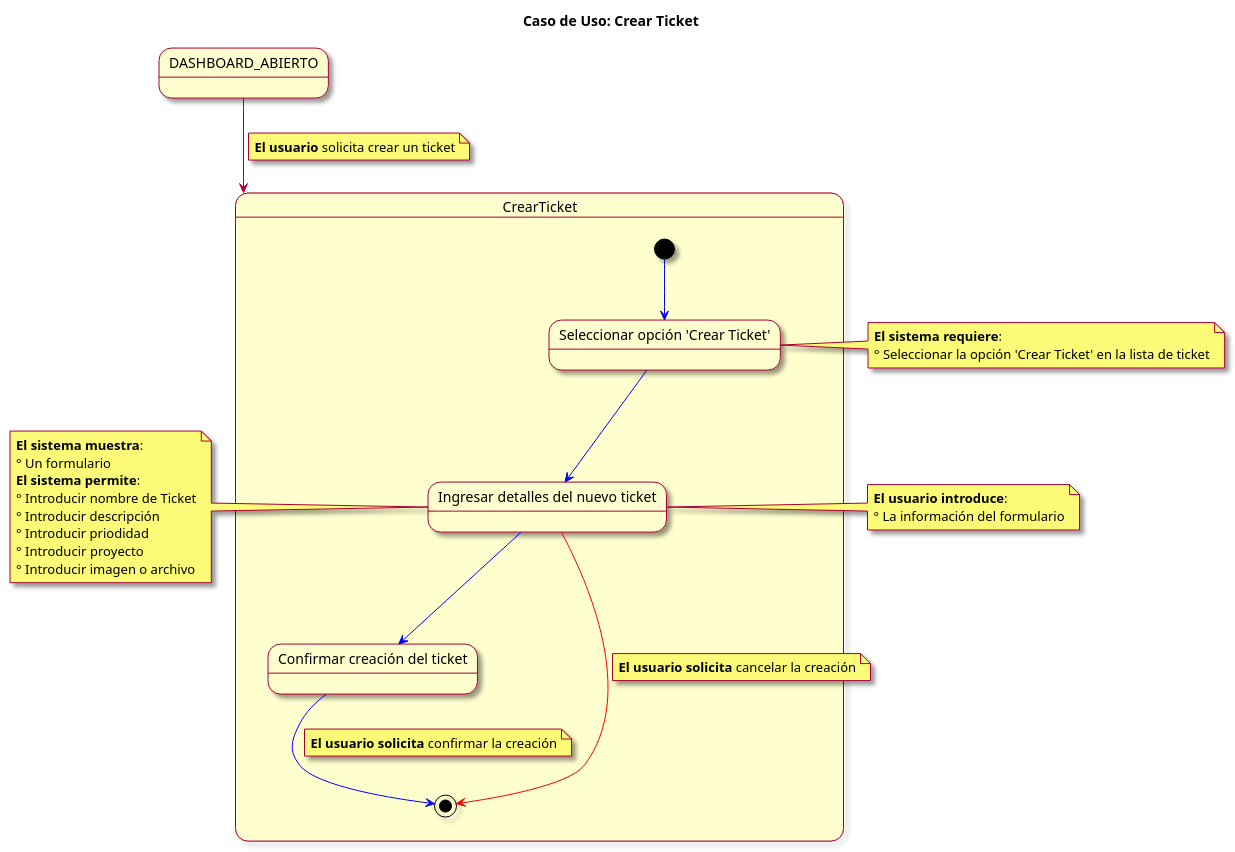
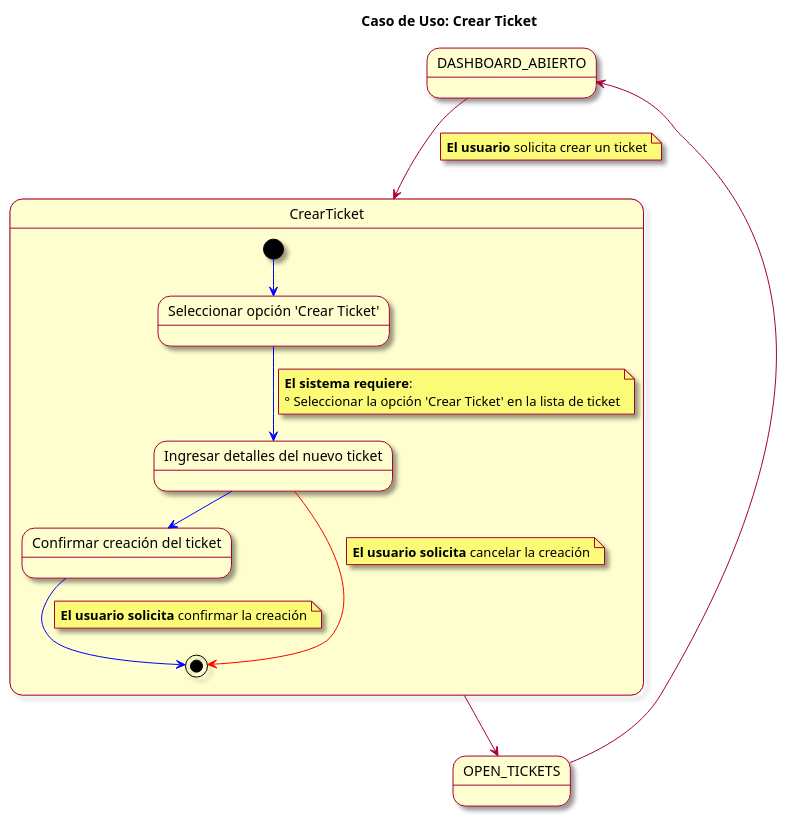
Before and after one commit to mmasias/23-24-IdSw1-SDR: the diagram in modelosUML/CasosDeUsos/CasosDetallados/CrearTicket.puml, drawn with PlantUML. The commit also changed 2 other files, not shown here.

```diff
--- a/modelosUML/CasosDeUsos/CasosDetallados/CrearTicket.puml
+++ b/modelosUML/CasosDeUsos/CasosDetallados/CrearTicket.puml
@@ -1,45 +1,31 @@
 @startuml
 skin rose
 title Caso de Uso: Crear Ticket
 
 state DASHBOARD_ABIERTO
-
+state OPEN_TICKETS 
 DASHBOARD_ABIERTO --> CrearTicket
 note on link: **El usuario** solicita crear un ticket
+CrearTicket --> OPEN_TICKETS 
+OPEN_TICKETS --> DASHBOARD_ABIERTO 
+
 
 state CrearTicket {
   [*] -[#blue]-> seleccionarOpcionCrear
   state "Seleccionar opción 'Crear Ticket'" as seleccionarOpcionCrear
   seleccionarOpcionCrear -[#blue]-> ingresarDetallesTicket
+note on link
+  **El sistema requiere**:
+  ° Seleccionar la opción 'Crear Ticket' en la lista de ticket
+end note
   state "Ingresar detalles del nuevo ticket" as ingresarDetallesTicket
   ingresarDetallesTicket -[#blue]-> confirmarCreacionTicket
+
   state "Confirmar creación del ticket" as confirmarCreacionTicket
   confirmarCreacionTicket -[#blue]-> [*]
   note on link: **El usuario solicita** confirmar la creación
   
   ingresarDetallesTicket -[#red]-> [*]
   note on link: **El usuario solicita** cancelar la creación
 }
-
-note left of ingresarDetallesTicket
-  **El sistema muestra**: 
-  ° Un formulario
-  **El sistema permite**:
-  ° Introducir nombre de Ticket
-  ° Introducir descripción
-  ° Introducir priodidad
-  ° Introducir proyecto
-  ° Introducir imagen o archivo
-end note
-
-note right of ingresarDetallesTicket
-  **El usuario introduce**: 
-  ° La información del formulario
-end note
-
-note left of seleccionarOpcionCrear
-  **El sistema requiere**:
-  ° Seleccionar la opción 'Crear Ticket' en la lista de ticket
-end note
-
 @enduml
```
